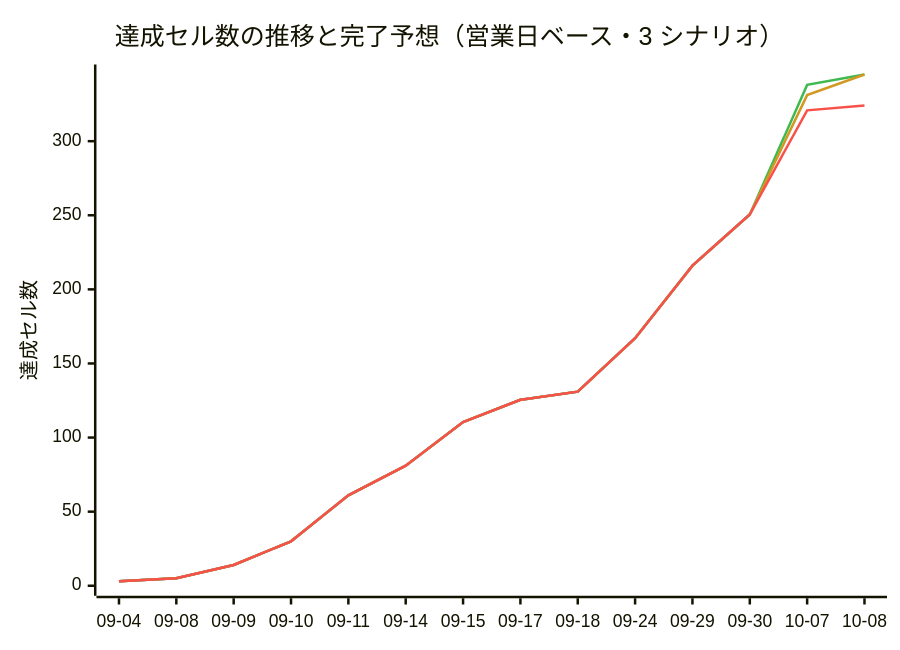
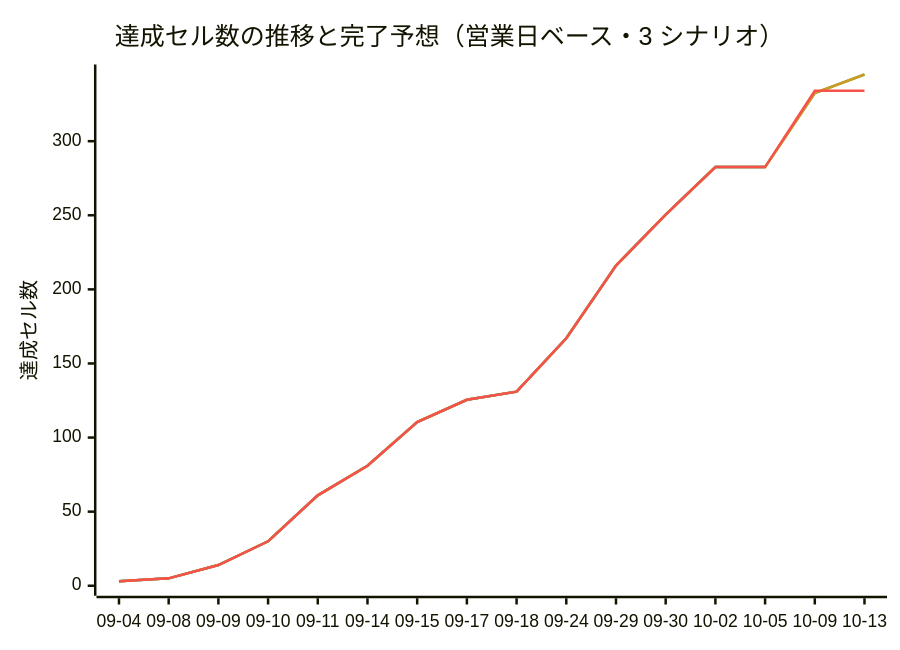
Before and after one commit to yoshihisatanaka/Pre-Market_Trading_frontend: the diagram in docs/progress.md, drawn with Mermaid. The commit also changed other lines of this file, not shown here.

````diff
--- a/docs/progress.md
+++ b/docs/progress.md
@@ -338,11 +329,11 @@
 ```mermaid
 %%{init: {"themeVariables": {"xyChart": {"plotColorPalette": "#2f6feb, #3fb950, #d29922, #f85149"}}}}%%
 xychart-beta
     title "達成セル数の推移と完了予想（営業日ベース・3 シナリオ）"
-    x-axis ["09-04", "09-08", "09-09", "09-10", "09-11", "09-14", "09-15", "09-17", "09-18", "09-24", "09-29", "09-30", "10-07", "10-08"]
+    x-axis ["09-04", "09-08", "09-09", "09-10", "09-11", "09-14", "09-15", "09-17", "09-18", "09-24", "09-29", "09-30", "10-02", "10-05", "10-09", "10-13"]
     y-axis "達成セル数" 0 --> 345
-    line [3, 5, 14, 30, 61, 81, 110.5, 125.5, 131, 167, 216, 250.5]
-    line [3, 5, 14, 30, 61, 81, 110.5, 125.5, 131, 167, 216, 250.5, 338, 345]
-    line [3, 5, 14, 30, 61, 81, 110.5, 125.5, 131, 167, 216, 250.5, 331.1, 345]
-    line [3, 5, 14, 30, 61, 81, 110.5, 125.5, 131, 167, 216, 250.5, 320.8, 324]
+    line [3, 5, 14, 30, 61, 81, 110.5, 125.5, 131, 167, 216, 250.5, 282.5, 282.5]
+    line [3, 5, 14, 30, 61, 81, 110.5, 125.5, 131, 167, 216, 250.5, 282.5, 282.5, 332.5, 345]
+    line [3, 5, 14, 30, 61, 81, 110.5, 125.5, 131, 167, 216, 250.5, 282.5, 282.5, 332.5, 345]
+    line [3, 5, 14, 30, 61, 81, 110.5, 125.5, 131, 167, 216, 250.5, 282.5, 282.5, 334, 334]
 ```
````
